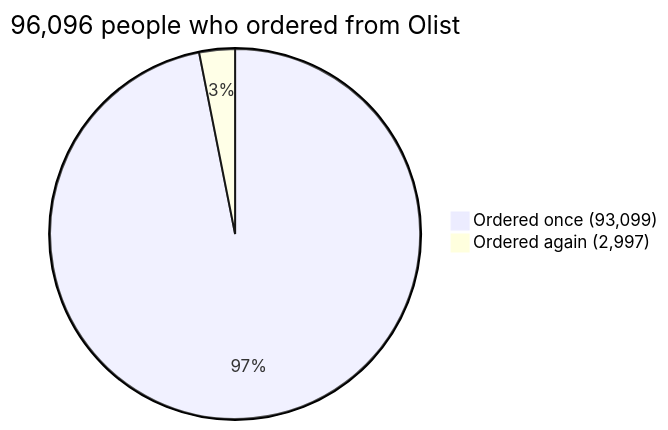
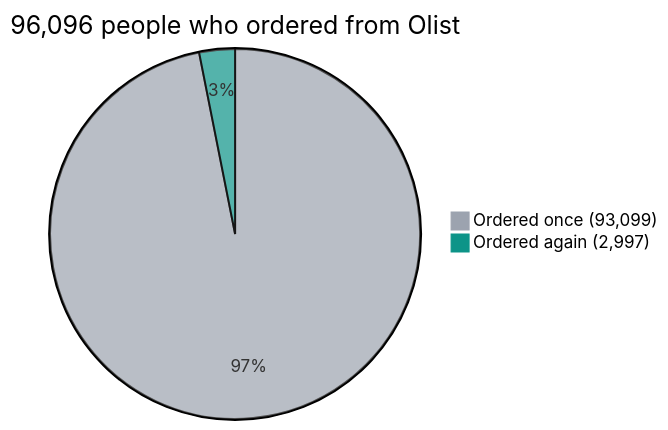
Before and after one commit to baselnasser99/second-order: the first of 2 diagrams in README.md, drawn with Mermaid.

Commit message:
Set the pie chart's slice colors for dark mode
Grey for people who ordered once and teal for people who ordered again,
so both slices stay readable in GitHub's light and dark modes.

````diff
--- a/README.md
+++ b/README.md
@@ -11,5 +11,6 @@
 ```mermaid
+%%{init: {"themeVariables": {"pie1": "#9CA3AF", "pie2": "#0D9488"}}}%%
 pie title 96,096 people who ordered from Olist
     "Ordered once (93,099)" : 93099
     "Ordered again (2,997)" : 2997
 ```
````
